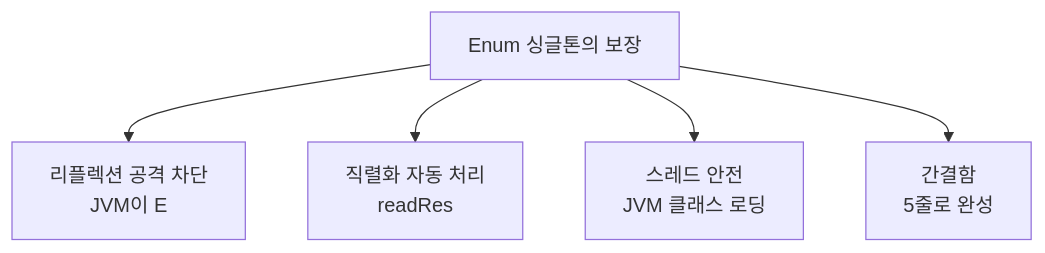
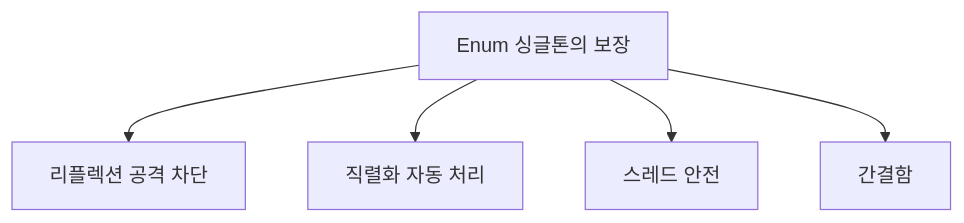
Before and after one commit to yjkim2015/yjkim2015.github.io: the second of 3 diagrams in _posts/java/2021-12-19-effective-java3.md, drawn with Mermaid. The commit also changed other lines of this file and 217 other files, not shown here.

First line of the commit message:
Mermaid 크기 수정: useMaxWidth:true + SVG max-width:100% + 라벨 축소

````diff
--- a/_posts/java/2021-12-19-effective-java3.md
+++ b/_posts/java/2021-12-19-effective-java3.md
@@ -164,7 +164,7 @@
 ```mermaid
 graph TD
-    A["Enum 싱글톤의 보장"] --> B["리플렉션 공격 차단\nJVM이 E"]
-    A --> C["직렬화 자동 처리\nreadRes"]
-    A --> D["스레드 안전\nJVM 클래스 로딩"]
-    A --> E["간결함\n5줄로 완성"]
+    A["Enum 싱글톤의 보장"] --> B["리플렉션 공격 차단"]
+    A --> C["직렬화 자동 처리"]
+    A --> D["스레드 안전"]
+    A --> E["간결함"]
 ```
````
